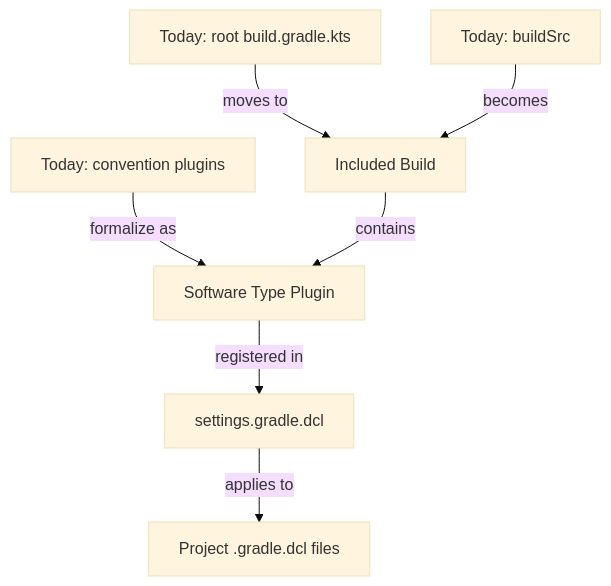
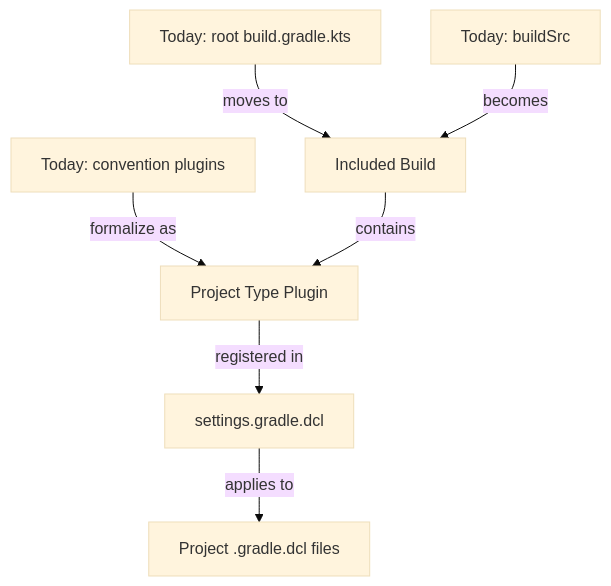
One commit to wildsmith/droidcon-2026 changed the diagram in droidcon-orlando-2026-declarative-gradle.md. Above: the diagram before and after it, drawn with Mermaid (base theme). The commit also changed other lines of this file and 1 other file, not shown here.

Commit message:
migrating to project types from software types

```diff
--- a/droidcon-orlando-2026-declarative-gradle.md
+++ b/droidcon-orlando-2026-declarative-gradle.md
@@ -1127,9 +1191,9 @@
 <div class="mermaid">
 graph TD
     A[Today: root build.gradle.kts] -->|moves to| B[Included Build]
     C[Today: buildSrc] -->|becomes| B
-    D[Today: convention plugins] -->|formalize as| E[Software Type Plugin]
+    D[Today: convention plugins] -->|formalize as| E[Project Type Plugin]
     E -->|registered in| F[settings.gradle.dcl]
     B -->|contains| E
     F -->|applies to| G[Project .gradle.dcl files]
 </div>
```
